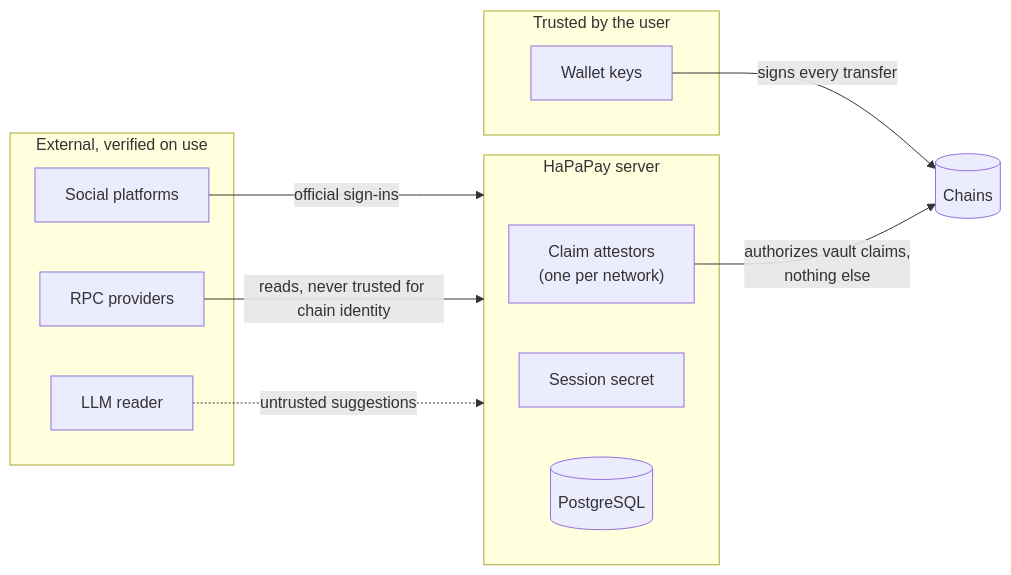
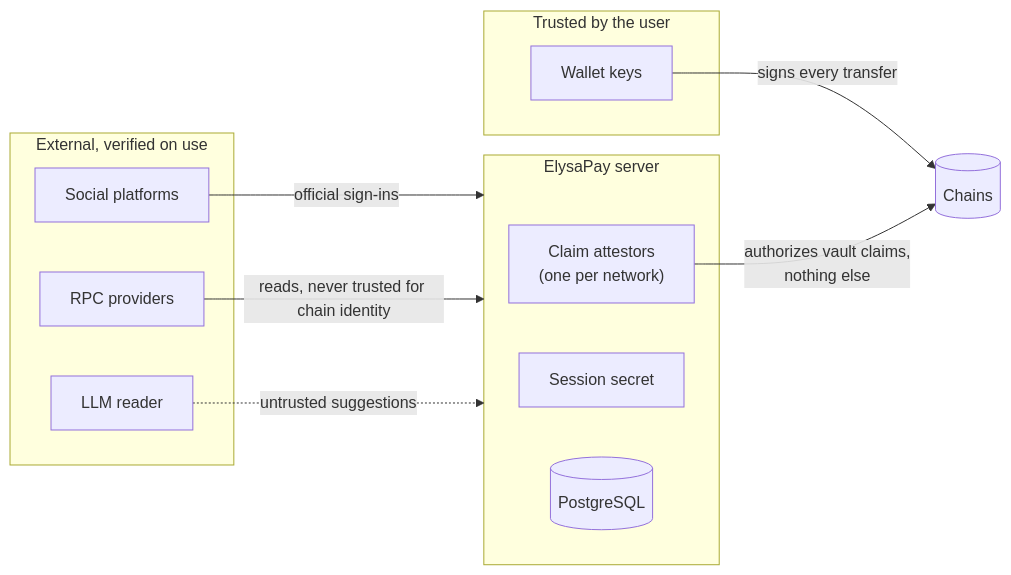
Before and after one commit to furkan3152/HaPaPay: the diagram in docs/security.md, drawn with Mermaid. The commit also changed other lines of this file and 123 other files, not shown here.

First line of the commit message:
ElysaPay: rebuild around Elysium with HYPE payments, admin console and new design

````diff
--- a/docs/security.md
+++ b/docs/security.md
@@ -11,21 +11,21 @@
 ```mermaid
 flowchart LR
     subgraph U["Trusted by the user"]
         W["Wallet keys"]
     end
-    subgraph S["HaPaPay server"]
+    subgraph S["ElysaPay server"]
         A["Claim attestors<br/>(one per network)"]
         Sess["Session secret"]
         DB[("PostgreSQL")]
     end
     subgraph X["External, verified on use"]
         P["Social platforms"]
         R["RPC providers"]
         L["LLM reader"]
     end
     W -- "signs every transfer" --> Chain[("Chains")]
     A -- "authorizes vault claims,<br/>nothing else" --> Chain
     P -- "official sign-ins" --> S
     R -- "reads, never trusted for chain identity" --> S
     L -. "untrusted suggestions" .-> S
 ```
````
